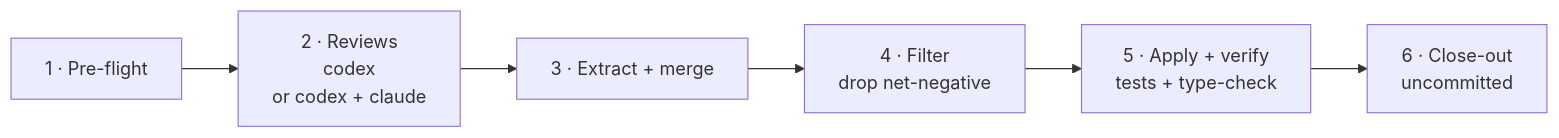
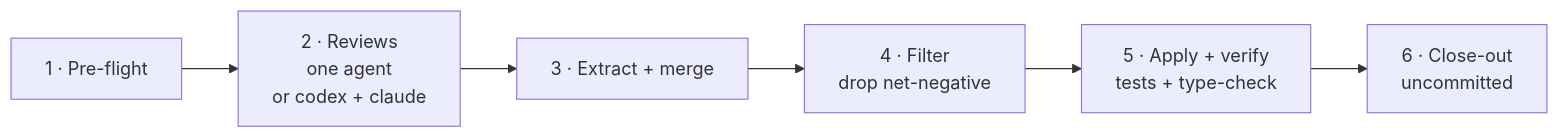
Before and after one commit to IsaiaScope/ai: the diagram in skills/iso-review/README.md, drawn with Mermaid. The commit also changed other lines of this file and 11 other files, not shown here.

First line of the commit message:
feat(iso-review,iso-todo): replace --codex-only with agent selection

````diff
--- a/skills/iso-review/README.md
+++ b/skills/iso-review/README.md
@@ -23,8 +23,8 @@
 ```mermaid
 flowchart LR
-    P["1 · Pre-flight"] --> R["2 · Reviews<br/>codex<br/>or codex + claude"]
+    P["1 · Pre-flight"] --> R["2 · Reviews<br/>one agent<br/>or codex + claude"]
     R --> E["3 · Extract + merge"]
     E --> F["4 · Filter<br/>drop net-negative"]
     F --> A["5 · Apply + verify<br/>tests + type-check"]
     A --> C["6 · Close-out<br/>uncommitted"]
 ```
````
